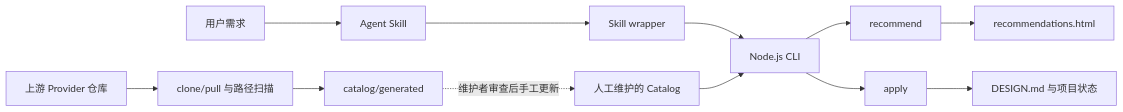
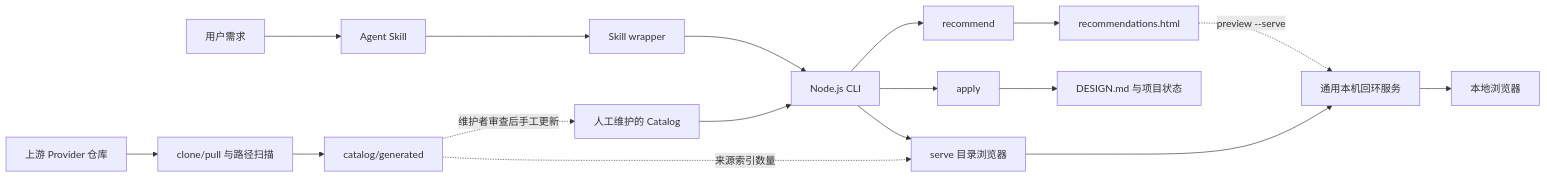
Before and after one commit to coconilu/ai-ui-style-director: the diagram in docs/IMPLEMENTATION.zh-CN.md, drawn with Mermaid. The commit also changed other lines of this file and 18 other files, not shown here.

````diff
--- a/docs/IMPLEMENTATION.zh-CN.md
+++ b/docs/IMPLEMENTATION.zh-CN.md
@@ -13,14 +13,19 @@
 ```mermaid
 flowchart LR
   U[用户需求] --> S[Agent Skill]
   S --> W[Skill wrapper]
   W --> C[Node.js CLI]
   K[人工维护的 Catalog] --> C
   C --> R[recommend]
+  C --> B[serve 目录浏览器]
   C --> A[apply]
   R --> H[recommendations.html]
+  H -. preview --serve .-> L[通用本机回环服务]
+  B --> L
+  L --> V[本地浏览器]
   A --> D[DESIGN.md 与项目状态]
   P[上游 Provider 仓库] --> G[clone/pull 与路径扫描]
   G --> I[catalog/generated]
+  I -. 来源索引数量 .-> B
   I -. 维护者审查后手工更新 .-> K
 ```
````
